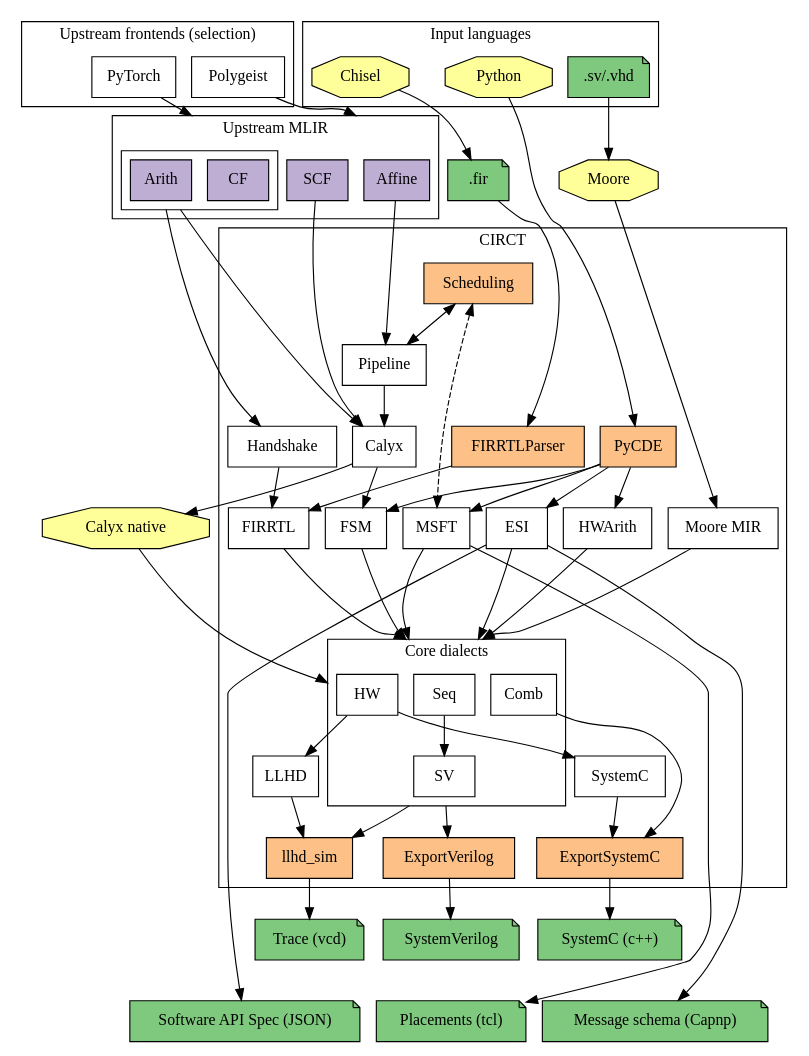
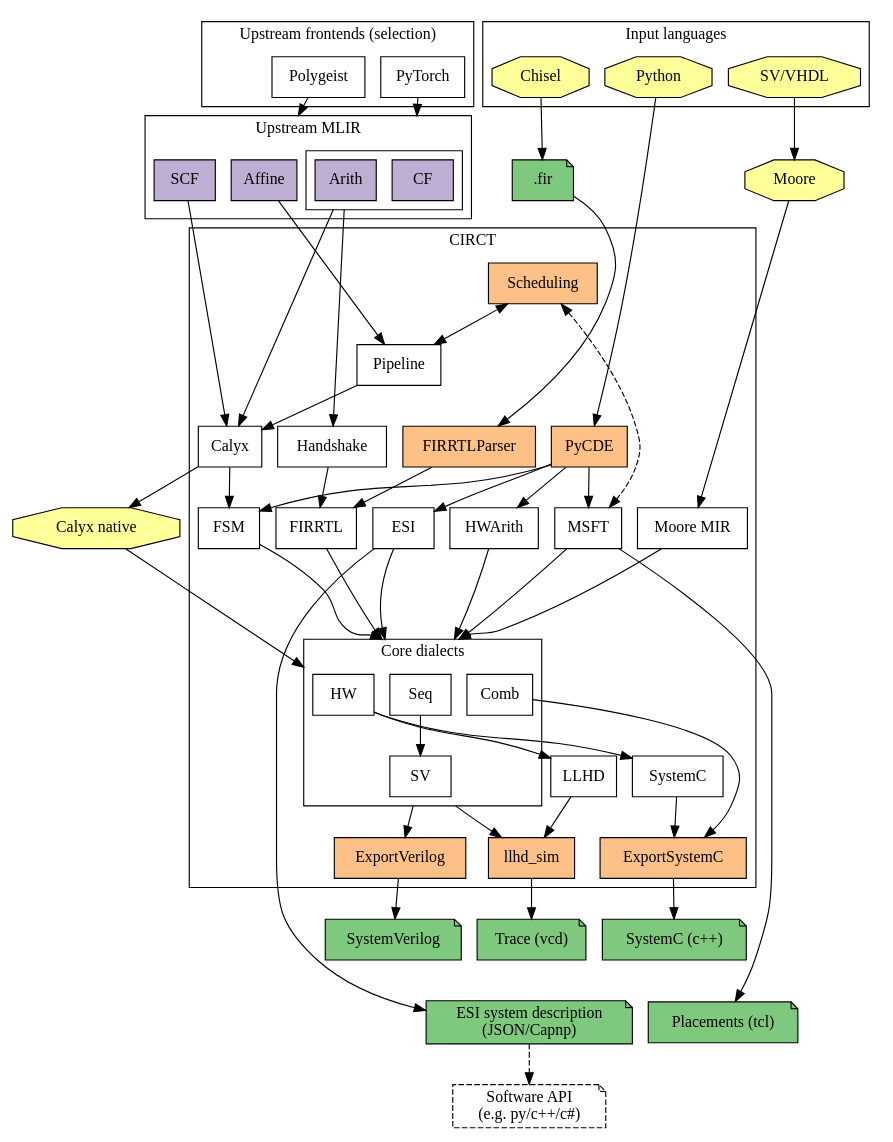
One commit to llvm/circt changed the diagram in docs/dialects.dot. Above: the diagram before and after it, drawn with Graphviz. The commit also changed 2 other files, not shown here.

```diff
--- a/docs/dialects.dot
+++ b/docs/dialects.dot
@@ -1,153 +1,155 @@
 digraph G {
   // Note: Remember to run the circt/utils/update-docs-dialects.sh script after
   // modifying this file to regenerate the .svg and .png renders of the graph.
   rankdir = TB
   splines=spline
   node [shape=box style=filled fillcolor="white"]
   nodesep=0.2 // horizontal compression
   ranksep=0.5 // vertical compression
   compound=true
 
   // MLIR frontends
   subgraph cluster_mlir_frontends {
     label = "Upstream frontends (selection)"
     PyTorch
     Polygeist
   }
 
   // MLIR dialects
   subgraph cluster_mlir {
     label = "Upstream MLIR";
     node [fillcolor="#beaed4"]
     SCF Affine
     subgraph cluster_std_arith_dialect {
       label = ""
       CF
       Arith
     }
   }
   PyTorch -> CF [lhead=cluster_mlir]
   Polygeist -> Affine [lhead=cluster_mlir]
 
   subgraph cluster_circt {
     label = "CIRCT"
     // CIRCT dialects
     Handshake [URL="https://circt.llvm.org/docs/Dialects/Handshake/"]
     Calyx [URL="https://circt.llvm.org/docs/Dialects/Calyx/"]
     FIRRTL [URL="https://circt.llvm.org/docs/Dialects/FIRRTL/"]
     Pipeline [URL="https://circt.llvm.org/docs/Dialects/Pipeline/"]
     MSFT [URL="https://circt.llvm.org/docs/Dialects/MSFT/"]
     ESI [URL="https://circt.llvm.org/docs/Dialects/ESI/"]
     FSM [URL="https://circt.llvm.org/docs/Dialects/FSM/"]
     HWArith [URL="https://circt.llvm.org/docs/Dialects/HWArith/"]
     SystemC [URL="https://circt.llvm.org/docs/Dialects/SystemC/"]
     MooreMIR [URL="https://circt.llvm.org/docs/Dialects/Moore/", label="Moore MIR"]
 
     // Invisible node to make space for RTL cluster's incoming edges.
     space_above_RTL [style = invis, label=""]
 
     subgraph cluster_RTL {
       label = "Core dialects"
       Seq [URL="https://circt.llvm.org/docs/Dialects/Seq/"]
       HW [URL="https://circt.llvm.org/docs/Dialects/HW/"]
       SV [URL="https://circt.llvm.org/docs/Dialects/SV/"]
       Comb [URL="https://circt.llvm.org/docs/Dialects/Comb/"]
     }
     LLHD [URL="https://circt.llvm.org/docs/Dialects/LLHD/"]
 
     // Internal tools
     subgraph internal_tools{
       node [fillcolor="#fdc086"]
       FIRRTLParser llhd_sim ExportSystemC
       ExportVerilog [URL="https://circt.llvm.org/docs/VerilogGeneration/"]
       PyCDE [URL="https://circt.llvm.org/docs/PyCDE/"]
       Scheduling [URL="https://circt.llvm.org/docs/Scheduling/"]
     }
   }
 
   // External tools
   subgraph external_tools {
     node [shape=octagon fillcolor="#ffff99"]
     Moore 
     Calyx_native [label="Calyx native"]
   }
 
   FIRFile [label=".fir" fillcolor="#7fc97f" shape="note"]
 
   subgraph cluster_input_langs {
     label = "Input languages"
-    Chisel [shape=octagon fillcolor="#ffff99"]
-    SVVHDL [label=".sv/.vhd" fillcolor="#7fc97f" shape="note"]
-    PyFile [label="Python" shape=octagon fillcolor="#ffff99"]
+    node [shape=octagon fillcolor="#ffff99"]
+    Chisel
+    SVVHDL [label="SV/VHDL"]
+    PyFile [label="Python"]
   }
 
   // Output file formats
   subgraph output_file_formats {
     node [fillcolor="#7fc97f" shape="note"]
     VCDTrace [label="Trace (vcd)"]
     SystemCFile [label="SystemC (c++)"]
     SVFile [label="SystemVerilog"]
-    CapNProto [label="Message schema (Capnp)"]
-    ServiceDesc [label="Software API Spec (JSON)"]
+    ServiceDesc [label="ESI system description\n(JSON/Capnp)"]
+    SoftwareAPI [label="Software API\n(e.g. py/c++/c#)" style=dashed]
     TCL [label="Placements (tcl)"]
   }
 
   // ===== Connections =====
   // Dialect conversions
   SCF -> Calyx
   Affine -> Pipeline
   Pipeline -> Calyx
   Arith -> {Handshake Calyx} [ltail=cluster_std_arith_dialect]
 
   Handshake -> FIRRTL
   Calyx -> FSM
 
   // Things that lower into a subset of the RTL-like dialects. Cluster these
   // together to avoid a massive clutter.
   {FIRRTL FSM ESI MSFT HWArith MooreMIR} -> Seq [lhead=cluster_RTL]
   Seq -> SV
   HW -> LLHD
   HW -> SystemC
   ExportVerilog -> SVFile
 
   // Tool flows
   Scheduling -> Pipeline [dir=both]
   Chisel -> FIRFile
   FIRFile -> FIRRTLParser
   FIRRTLParser -> FIRRTL
   {SystemC, Comb} -> ExportSystemC
   ExportSystemC -> SystemCFile
   SV -> ExportVerilog [ltail=cluster_RTL]
   SV -> llhd_sim [ltail=cluster_RTL]
   SVVHDL -> Moore [weight=999]
   Moore -> MooreMIR
   Calyx -> Calyx_native
   Calyx_native -> HW [lhead=cluster_RTL]
   LLHD -> llhd_sim
   llhd_sim -> VCDTrace
-  ESI -> CapNProto
+  //ESI -> CapNProto
   ESI -> ServiceDesc
   MSFT -> TCL
   PyFile -> PyCDE
   PyCDE -> ESI
   PyCDE -> MSFT
   PyCDE -> HWArith
   PyCDE -> FSM
   Scheduling -> MSFT [dir=both, style=dashed]
+  ServiceDesc -> SoftwareAPI [style=dashed]
 
   // ====== Some fake edges to coerce a good layout ======
   // Note: Modify these if you make changes to the above diagram, and things
   // start looking weird.
 
   // Leave one rank free above the RTL cluster to improve routing of incoming
   // edges.
   {FIRRTL FSM ESI MSFT HWArith MooreMIR} -> space_above_RTL [weight=999, style=invis]
   space_above_RTL -> {Seq HW Comb} [lhead=cluster_RTL, weight=999, style=invis]
 
   // Fix the following sink nodes below the CIRCT cluster
-  SVFile -> {TCL ServiceDesc CapNProto} [weight=999 style=invis]
+  SystemCFile -> {TCL ServiceDesc} [weight=999 style=invis]
 
   // Better organize the top.
   {PyTorch Polygeist Chisel} -> CF [weight=999 style=invis]
-  {Moore FIRFile} -> Scheduling [weight=999 style=invis]
+  FIRFile -> Scheduling [weight=999 style=invis]
 }
```
